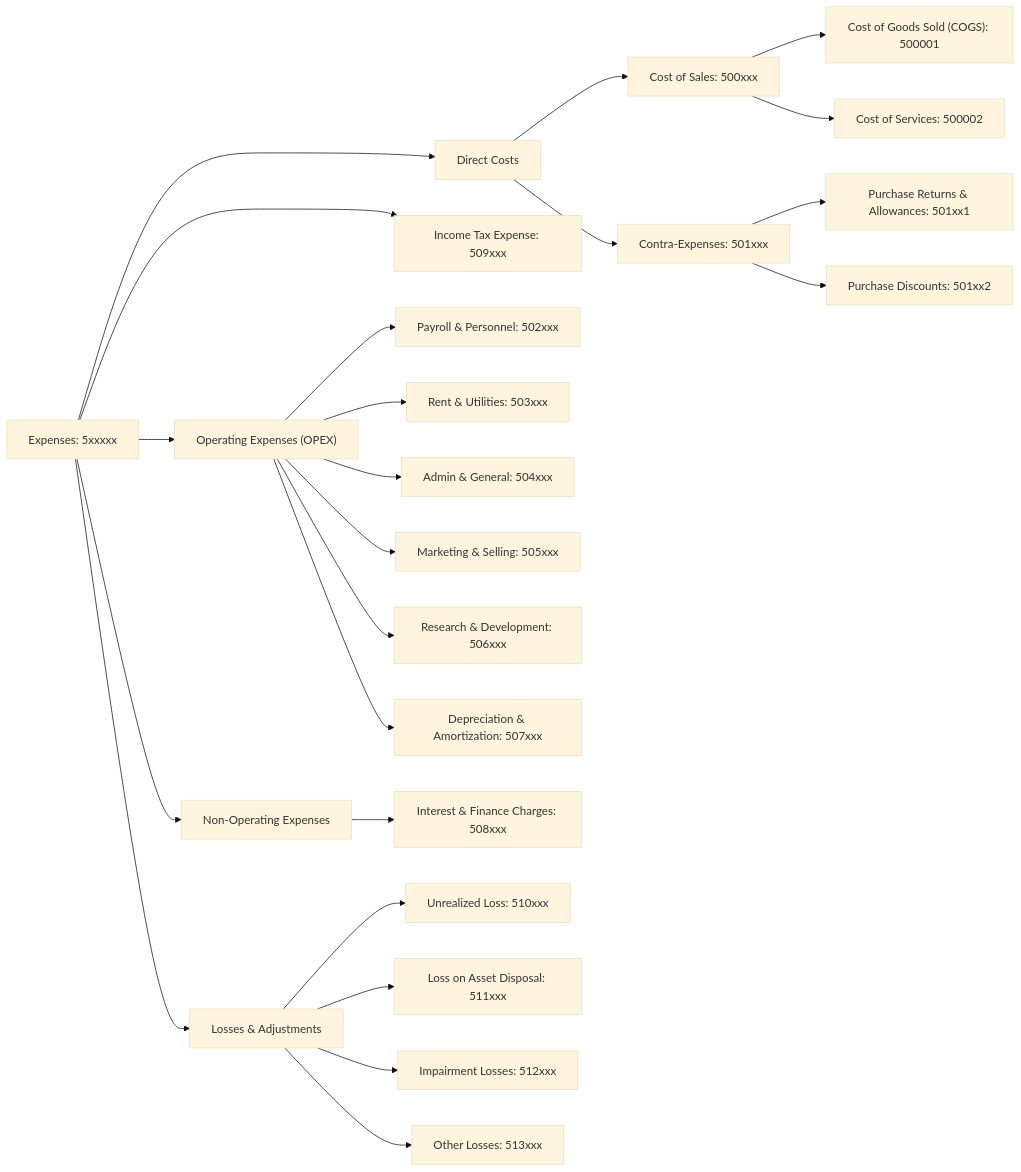
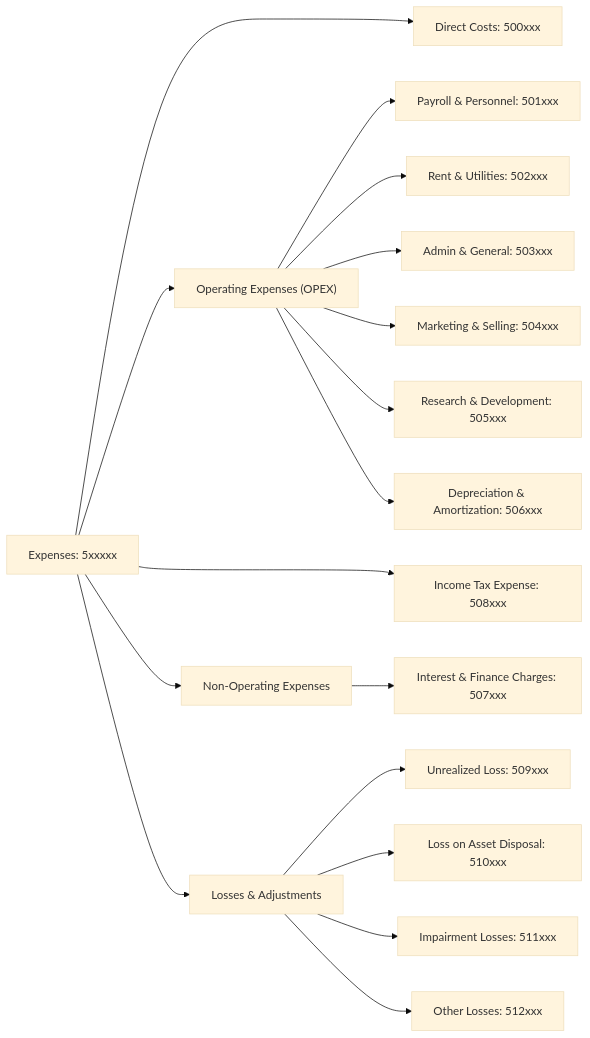
One commit to oosahon/ledgernova-core changed the diagram in src/domain/accounting/__doc__/assets/coa-expenses.mermaid. Above: the diagram before and after it, drawn with Mermaid (base theme). The commit also changed 19 other files, not shown here.

```diff
--- a/src/domain/accounting/__doc__/assets/coa-expenses.mermaid
+++ b/src/domain/accounting/__doc__/assets/coa-expenses.mermaid
@@ -1,34 +1,27 @@
 flowchart LR
     Expenses["Expenses: 5xxxxx"]
     Expenses --> DirectCosts & OperatingExpenses & NonOperatingExpenses & TaxExpense & Losses
 
-    DirectCosts["Direct Costs"]
-        DirectCosts --> CostOfSales["Cost of Sales: 500xxx"]
-        CostOfSales --> COGS["Cost of Goods Sold (COGS): 500001"]
-        CostOfSales --> COS["Cost of Services: 500002"]
-
-        DirectCosts --> ContraExpenses["Contra-Expenses: 501xxx"]
-        ContraExpenses --> PurchaseReturns["Purchase Returns & Allowances: 501xx1"]
-        ContraExpenses --> PurchaseDiscounts["Purchase Discounts: 501xx2"]
+    DirectCosts["Direct Costs: 500xxx"]
     
     OperatingExpenses["Operating Expenses (OPEX)"]
-        OperatingExpenses --> PayrollAndPersonnel["Payroll & Personnel: 502xxx"] 
-        OperatingExpenses --> RentUtilities["Rent & Utilities: 503xxx"]
-        OperatingExpenses --> AdminGeneral["Admin & General: 504xxx"]
-        OperatingExpenses --> MarketingSelling["Marketing & Selling: 505xxx"]
-        OperatingExpenses --> ResearchDevelopment["Research & Development: 506xxx"]
-        OperatingExpenses --> Depreciation["Depreciation & Amortization: 507xxx"]
+        OperatingExpenses --> PayrollAndPersonnel["Payroll & Personnel: 501xxx"] 
+        OperatingExpenses --> RentUtilities["Rent & Utilities: 502xxx"]
+        OperatingExpenses --> AdminGeneral["Admin & General: 503xxx"]
+        OperatingExpenses --> MarketingSelling["Marketing & Selling: 504xxx"]
+        OperatingExpenses --> ResearchDevelopment["Research & Development: 505xxx"]
+        OperatingExpenses --> Depreciation["Depreciation & Amortization: 506xxx"]
             
     NonOperatingExpenses["Non-Operating Expenses"]
-        NonOperatingExpenses --> FinanceCosts["Interest & Finance Charges: 508xxx"]
+        NonOperatingExpenses --> FinanceCosts["Interest & Finance Charges: 507xxx"]
 
-    TaxExpense["Income Tax Expense: 509xxx"]
+    TaxExpense["Income Tax Expense: 508xxx"]
 
     Losses["Losses & Adjustments"]
-        Losses --> UnrealizedLoss["Unrealized Loss: 510xxx"]
-        Losses --> AssetDisposal["Loss on Asset Disposal: 511xxx"]
-        Losses --> ImpairmentLoss["Impairment Losses: 512xxx"]
-        Losses --> OtherLosses["Other Losses: 513xxx"]
+        Losses --> UnrealizedLoss["Unrealized Loss: 509xxx"]
+        Losses --> AssetDisposal["Loss on Asset Disposal: 510xxx"]
+        Losses --> ImpairmentLoss["Impairment Losses: 511xxx"]
+        Losses --> OtherLosses["Other Losses: 512xxx"]
 
      %% For positioning
     OperatingExpenses ~~~ DirectCosts & TaxExpense
```
